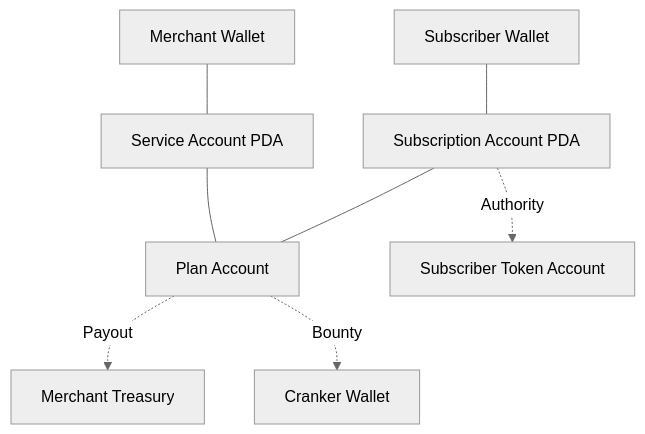
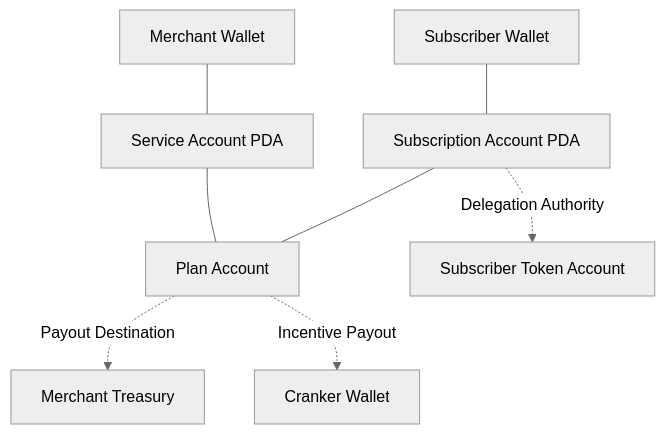
Before and after one commit to irfanfaraaz/solbill: the first of 2 diagrams in README.md, drawn with Mermaid (neutral theme). The commit also changed other lines of this file and 1 other file, not shown here.

````diff
--- a/README.md
+++ b/README.md
@@ -37,10 +71,10 @@
 ```mermaid
 graph TD
     M[Merchant Wallet] --- SA[Service Account PDA]
     SA --- P1[Plan Account]
     U[Subscriber Wallet] --- Sub[Subscription Account PDA]
     Sub --- P1
-    Sub -.->|Authority| TA[Subscriber Token Account]
-    P1 -.->|Payout| TR[Merchant Treasury]
-    P1 -.->|Bounty| CR[Cranker Wallet]
+    Sub -.->|Delegation Authority| TA[Subscriber Token Account]
+    P1 -.->|Payout Destination| TR[Merchant Treasury]
+    P1 -.->|Incentive Payout| CR[Cranker Wallet]
 ```
````
